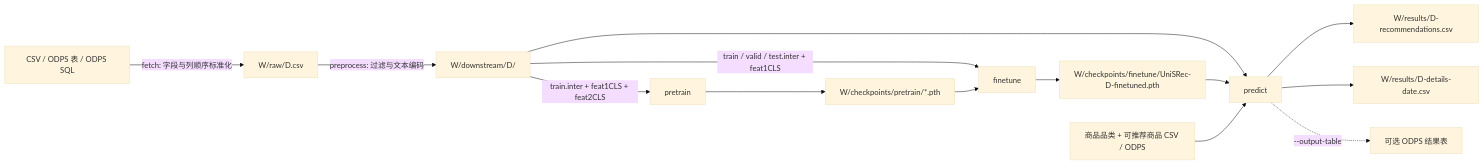
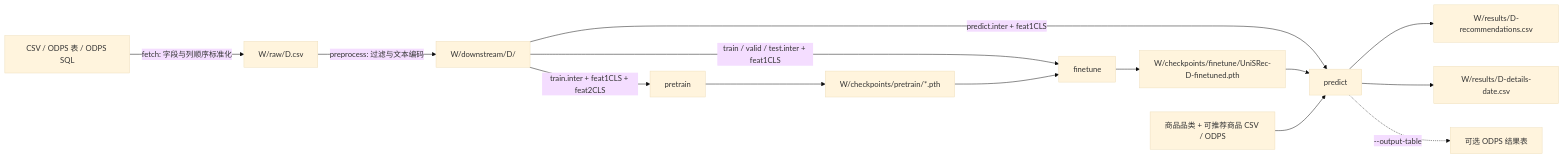
One commit to Guozisong/Unisrec_1 changed the diagram in README.md. Above: the diagram before and after it, drawn with Mermaid (base theme). The commit also changed other lines of this file and 7 other files, not shown here.

````diff
--- a/README.md
+++ b/README.md
@@ -115,16 +118,16 @@
 ```mermaid
 flowchart LR
     A[CSV / ODPS 表 / ODPS SQL] -->|fetch: 字段与列顺序标准化| B[W/raw/D.csv]
     B -->|preprocess: 过滤与文本编码| C[W/downstream/D/]
     C -->|train.inter + feat1CLS + feat2CLS| P[pretrain]
     P --> X[W/checkpoints/pretrain/*.pth]
     C -->|train / valid / test.inter + feat1CLS| F[finetune]
     X --> F
     F --> Y[W/checkpoints/finetune/UniSRec-D-finetuned.pth]
-    C --> R[predict]
+    C -->|predict.inter + feat1CLS| R[predict]
     Y --> R
     M[商品品类 + 可推荐商品 CSV / ODPS] --> R
     R --> Z[W/results/D-recommendations.csv]
     R --> Q[W/results/D-details-date.csv]
     R -. --output-table .-> O[可选 ODPS 结果表]
 ```
````
